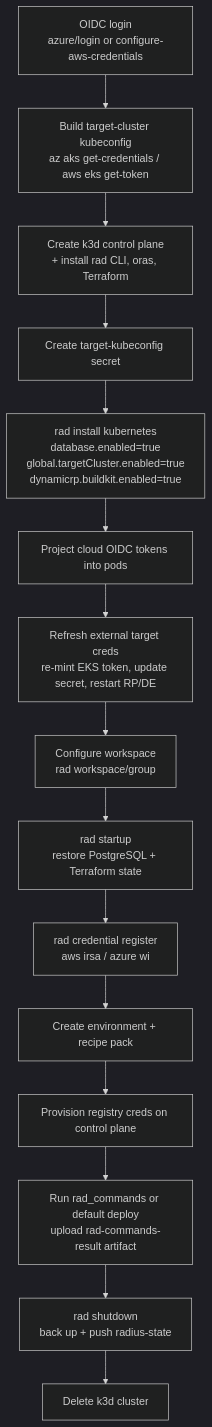
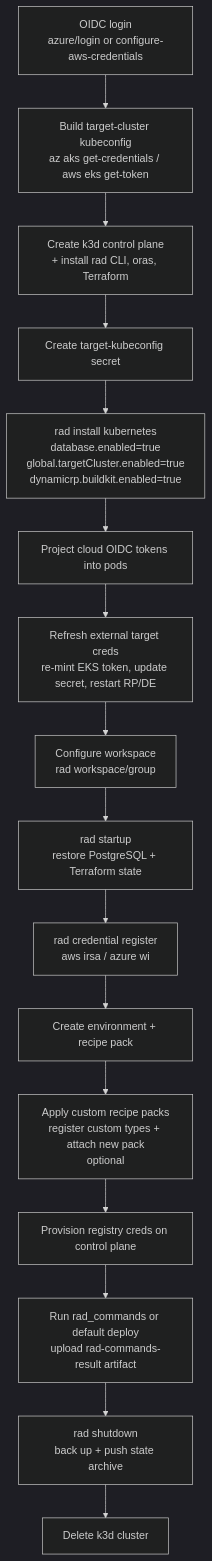
One commit to radius-project/radius changed the diagram in eng/design-notes/environments/2026-06-repo-radius-deploy-workflow.md. Above: the diagram before and after it, drawn with Mermaid (dark theme). The commit also changed other lines of this file and 9 other files, not shown here.

First line of the commit message:
Add custom recipe pack support and delete workflows to Repo Radius (#12367)

````diff
--- a/eng/design-notes/environments/2026-06-repo-radius-deploy-workflow.md
+++ b/eng/design-notes/environments/2026-06-repo-radius-deploy-workflow.md
@@ -98,17 +98,18 @@
 ```mermaid
 flowchart TD
     A[OIDC login<br/>azure/login or configure-aws-credentials] --> B[Build target-cluster kubeconfig<br/>az aks get-credentials / aws eks get-token]
     B --> C[Create k3d control plane<br/>+ install rad CLI, oras, Terraform]
     C --> D[Create target-kubeconfig secret]
     D --> E[rad install kubernetes<br/>database.enabled=true<br/>global.targetCluster.enabled=true<br/>dynamicrp.buildkit.enabled=true]
     E --> F[Project cloud OIDC tokens into pods]
     F --> G[Refresh external target creds<br/>re-mint EKS token, update secret, restart RP/DE]
     G --> H[Configure workspace<br/>rad workspace/group]
     H --> I[rad startup<br/>restore PostgreSQL + Terraform state]
     I --> J[rad credential register<br/>aws irsa / azure wi]
     J --> K[Create environment + recipe pack]
-    K --> L[Provision registry creds on control plane]
+    K --> KA[Apply custom recipe packs<br/>register custom types + attach new pack<br/>optional]
+    KA --> L[Provision registry creds on control plane]
     L --> M[Run rad_commands or default deploy<br/>upload rad-commands-result artifact]
-    M --> N[rad shutdown<br/>back up + push radius-state]
+    M --> N[rad shutdown<br/>back up + push state archive]
     N --> O[Delete k3d cluster]
 ```
````
